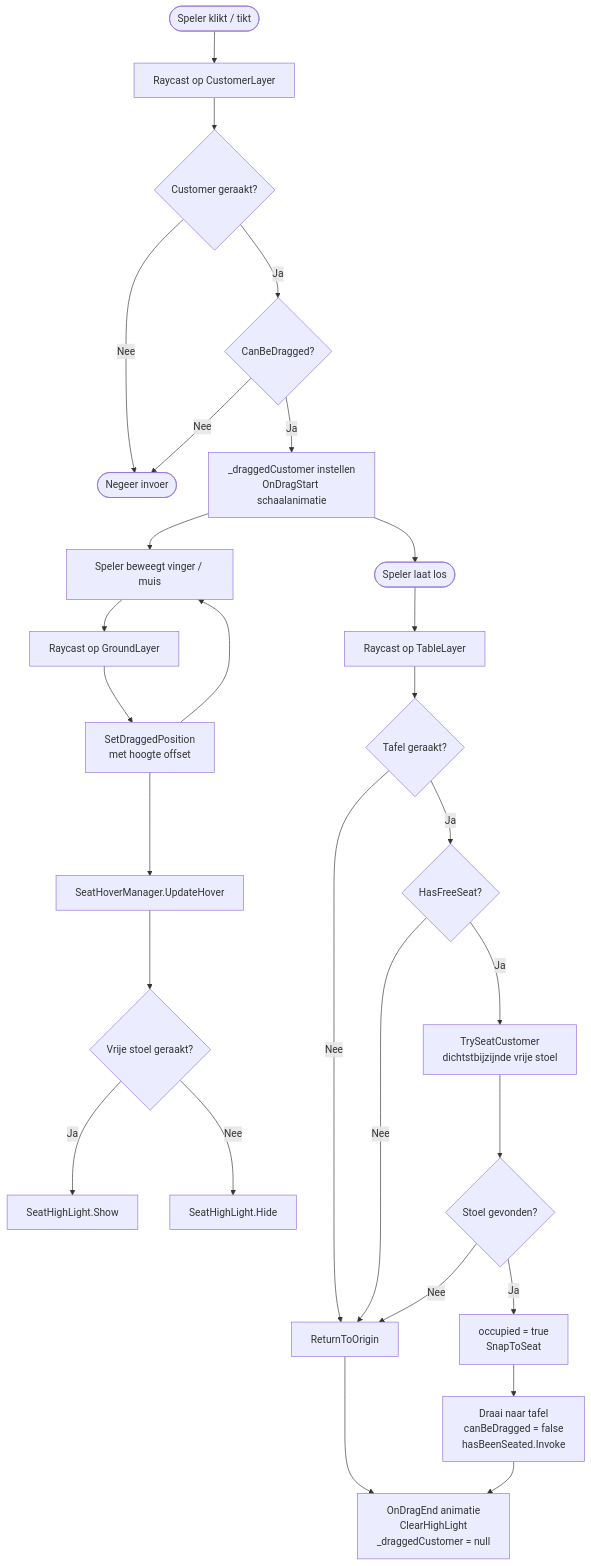
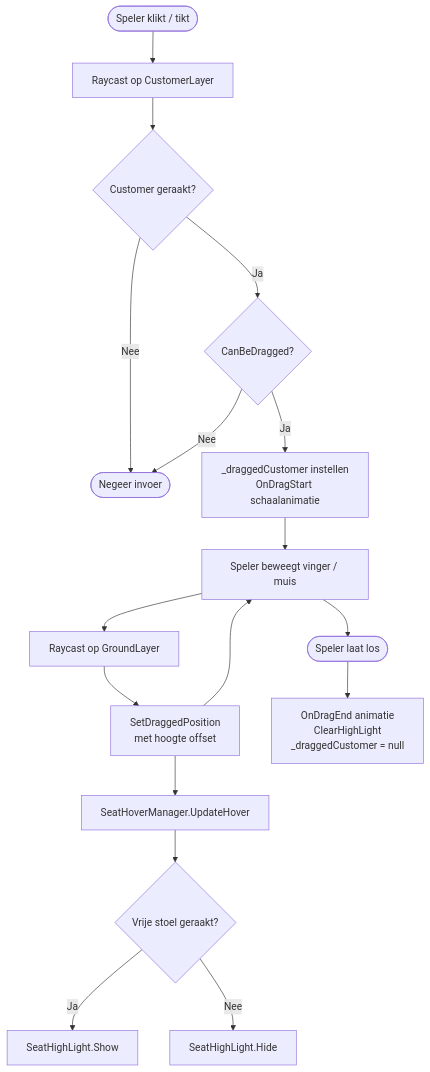
The eighth of 11 diagrams in README.md (TheGingino/AlienDiner), drawn with Mermaid before and after one commit. The commit also changed other lines of this file, not shown here.

````diff
--- a/README.md
+++ b/README.md
@@ -348,33 +346,21 @@
 ```mermaid
 flowchart TD
     A([Speler klikt / tikt]) --> B[Raycast op CustomerLayer]
     B --> C{Customer geraakt?}
     C -- Nee --> Z([Negeer invoer])
     C -- Ja --> D{CanBeDragged?}
     D -- Nee --> Z
     D -- Ja --> E[_draggedCustomer instellen\nOnDragStart schaalanimatie]
 
     E --> F[Speler beweegt vinger / muis]
     F --> G[Raycast op GroundLayer]
     G --> H[SetDraggedPosition\nmet hoogte offset]
     H --> I[SeatHoverManager.UpdateHover]
     I --> J{Vrije stoel geraakt?}
     J -- Ja --> K[SeatHighLight.Show]
     J -- Nee --> L[SeatHighLight.Hide]
     H --> F
 
-    E --> M([Speler laat los])
-    M --> N[Raycast op TableLayer]
-    N --> O{Tafel geraakt?}
-    O -- Nee --> P[ReturnToOrigin]
-    O -- Ja --> Q{HasFreeSeat?}
-    Q -- Nee --> P
-    Q -- Ja --> R[TrySeatCustomer\ndichtstbijzijnde vrije stoel]
-    R --> S{Stoel gevonden?}
-    S -- Nee --> P
-    S -- Ja --> T[occupied = true\nSnapToSeat]
-    T --> U[Draai naar tafel\ncanBeDragged = false\nhasBeenSeated.Invoke]
-
-    P --> V[OnDragEnd animatie\nClearHighLight\n_draggedCustomer = null]
-    U --> V
+    F --> M([Speler laat los])
+    M --> N[OnDragEnd animatie\nClearHighLight\n_draggedCustomer = null]
 ```
````
